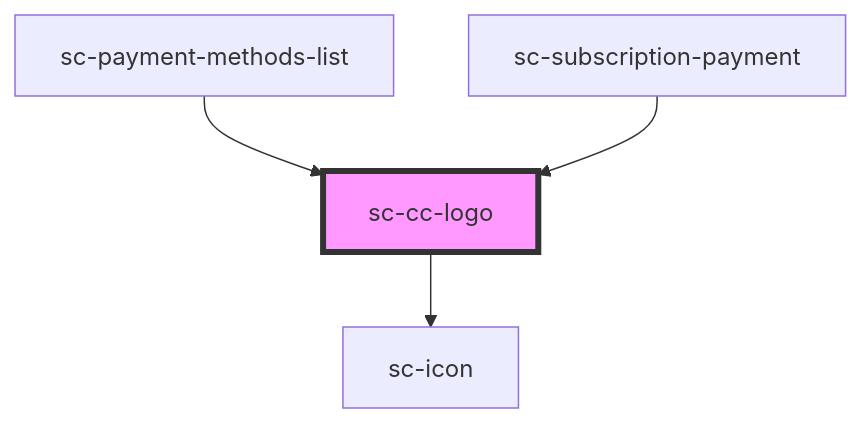
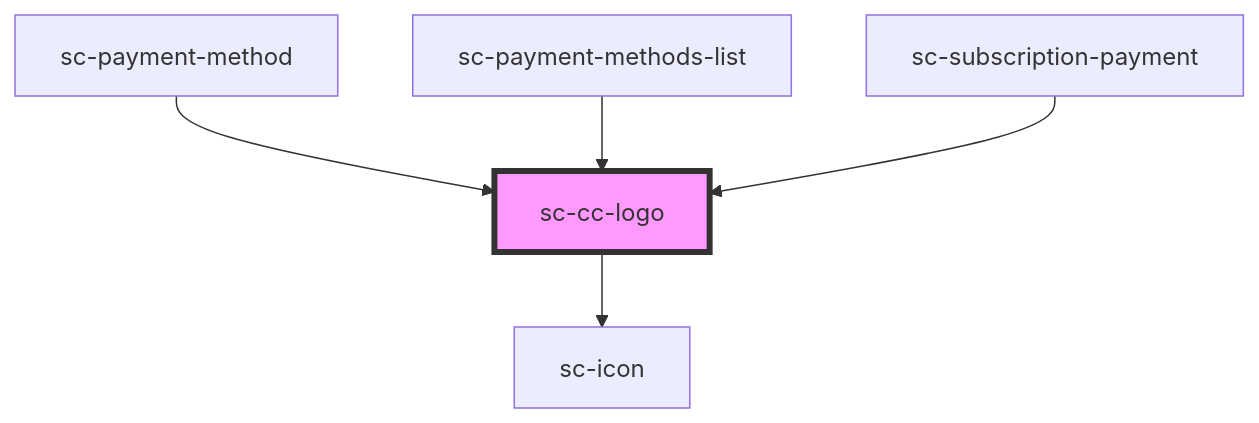
The diagram in packages/components/src/components/ui/cc-logo/readme.md (surecart/surecart-wp-plugin), drawn with Mermaid before and after one commit. The commit also changed other lines of this file and 68 other files, not shown here.

````diff
--- a/packages/components/src/components/ui/cc-logo/readme.md
+++ b/packages/components/src/components/ui/cc-logo/readme.md
@@ -34,7 +35,8 @@
 ```mermaid
 graph TD;
   sc-cc-logo --> sc-icon
+  sc-payment-method --> sc-cc-logo
   sc-payment-methods-list --> sc-cc-logo
   sc-subscription-payment --> sc-cc-logo
   style sc-cc-logo fill:#f9f,stroke:#333,stroke-width:4px
 ```
````
